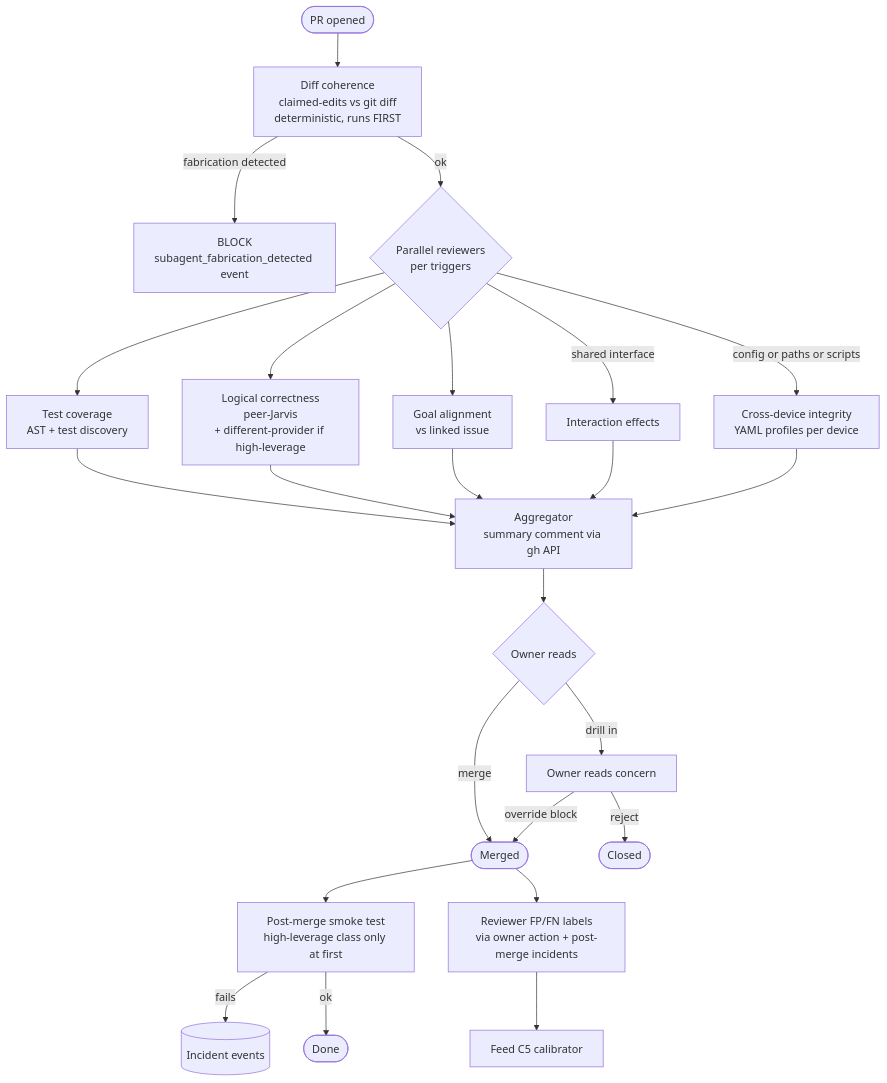
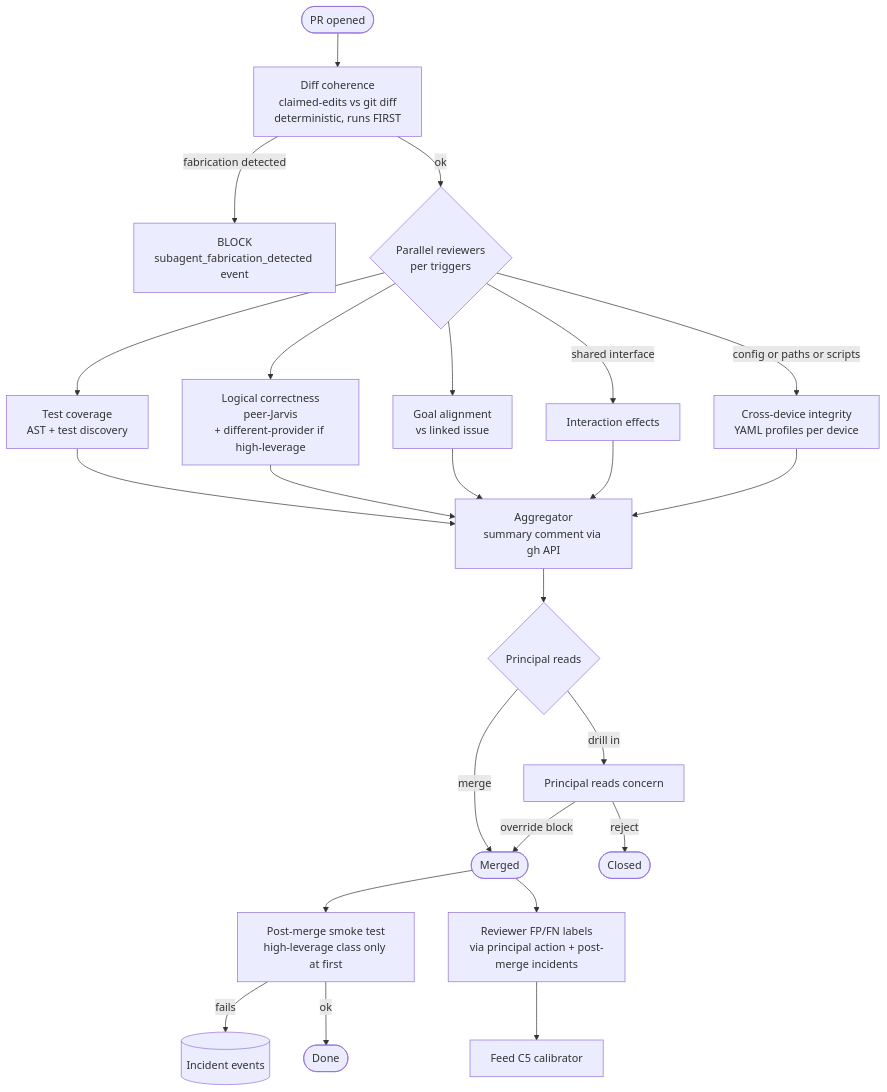
Before and after one commit to Osasuwu/jarvis: the seventh of 8 diagrams in docs/design/jarvis-flows.md, drawn with Mermaid. The commit also changed other lines of this file and 19 other files, not shown here.

````diff
--- a/docs/design/jarvis-flows.md
+++ b/docs/design/jarvis-flows.md
@@ -329,33 +335,33 @@
 ```mermaid
 flowchart TB
     pr_open([PR opened]) --> first[Diff coherence<br/>claimed-edits vs git diff<br/>deterministic, runs FIRST]
 
     first -->|fabrication detected| block_fab[BLOCK<br/>subagent_fabrication_detected event]
     first -->|ok| parallel{Parallel reviewers<br/>per triggers}
 
     parallel --> test_cov[Test coverage<br/>AST + test discovery]
     parallel --> logical[Logical correctness<br/>peer-Jarvis<br/>+ different-provider if high-leverage]
     parallel --> goal_align[Goal alignment<br/>vs linked issue]
     parallel -->|shared interface| inter[Interaction effects]
     parallel -->|config or paths or scripts| xdev[Cross-device integrity<br/>YAML profiles per device]
 
     test_cov --> agg
     logical --> agg
     goal_align --> agg
     inter --> agg
     xdev --> agg
 
     agg[Aggregator<br/>summary comment via gh API]
-    agg --> owner_view{Owner reads}
-    owner_view -->|merge| merged([Merged])
-    owner_view -->|drill in| dr[Owner reads concern]
+    agg --> principal_view{Principal reads}
+    principal_view -->|merge| merged([Merged])
+    principal_view -->|drill in| dr[Principal reads concern]
     dr -->|override block| merged
     dr -->|reject| closed([Closed])
 
     merged --> smoke[Post-merge smoke test<br/>high-leverage class only at first]
     smoke -->|fails| incident[(Incident events)]
     smoke -->|ok| done([Done])
 
-    merged --> labels[Reviewer FP/FN labels<br/>via owner action + post-merge incidents]
+    merged --> labels[Reviewer FP/FN labels<br/>via principal action + post-merge incidents]
     labels --> calib[Feed C5 calibrator]
 ```
````
